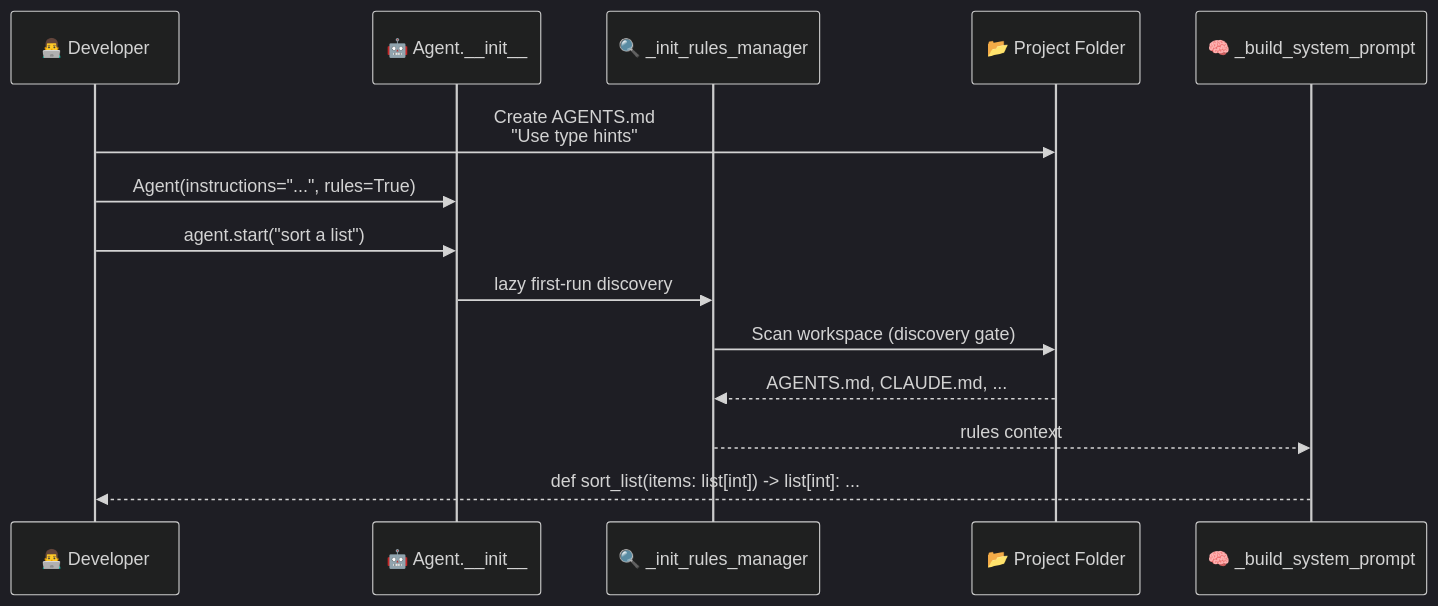
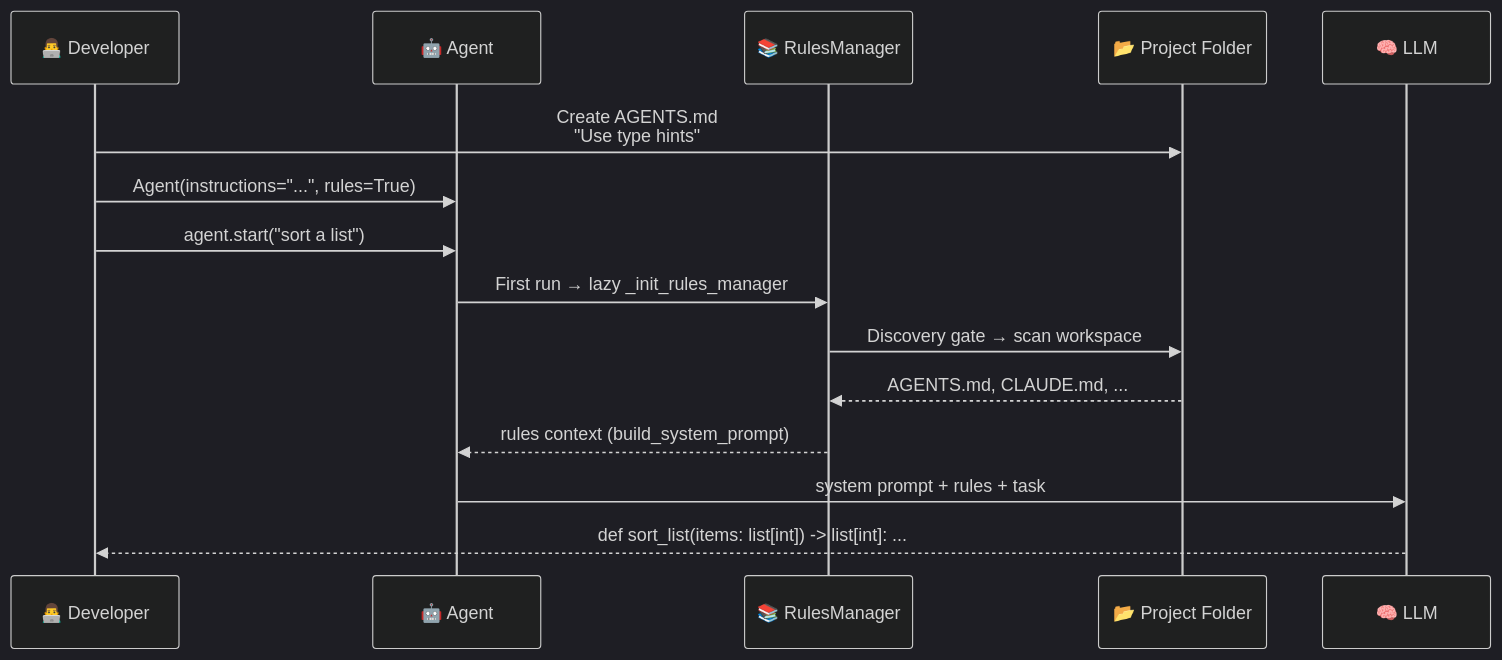
One commit to MervinPraison/PraisonAIDocs changed the first of 4 diagrams in docs/features/rules.mdx. Above: the diagram before and after it, drawn with Mermaid (dark theme). The commit also changed other lines of this file, not shown here.

First line of the commit message:
docs: update rules.mdx for auto-applied Agent(rules=...) after PR #2757 (fixes #1696)

````diff
--- a/docs/features/rules.mdx
+++ b/docs/features/rules.mdx
@@ -12,17 +12,18 @@
 ```mermaid
 sequenceDiagram
     participant Dev as 👨‍💻 Developer
-    participant Agent as 🤖 Agent.__init__
-    participant Init as 🔍 _init_rules_manager
+    participant Agent as 🤖 Agent
+    participant RM as 📚 RulesManager
     participant FS as 📂 Project Folder
-    participant Prompt as 🧠 _build_system_prompt
+    participant LLM as 🧠 LLM
 
     Dev->>FS: Create AGENTS.md<br/>"Use type hints"
     Dev->>Agent: Agent(instructions="...", rules=True)
     Dev->>Agent: agent.start("sort a list")
-    Agent->>Init: lazy first-run discovery
-    Init->>FS: Scan workspace (discovery gate)
-    FS-->>Init: AGENTS.md, CLAUDE.md, ...
-    Init-->>Prompt: rules context
-    Prompt-->>Dev: def sort_list(items: list[int]) -> list[int]: ...
+    Agent->>RM: First run → lazy _init_rules_manager
+    RM->>FS: Discovery gate → scan workspace
+    FS-->>RM: AGENTS.md, CLAUDE.md, ...
+    RM-->>Agent: rules context (build_system_prompt)
+    Agent->>LLM: system prompt + rules + task
+    LLM-->>Dev: def sort_list(items: list[int]) -> list[int]: ...
 ```
````
